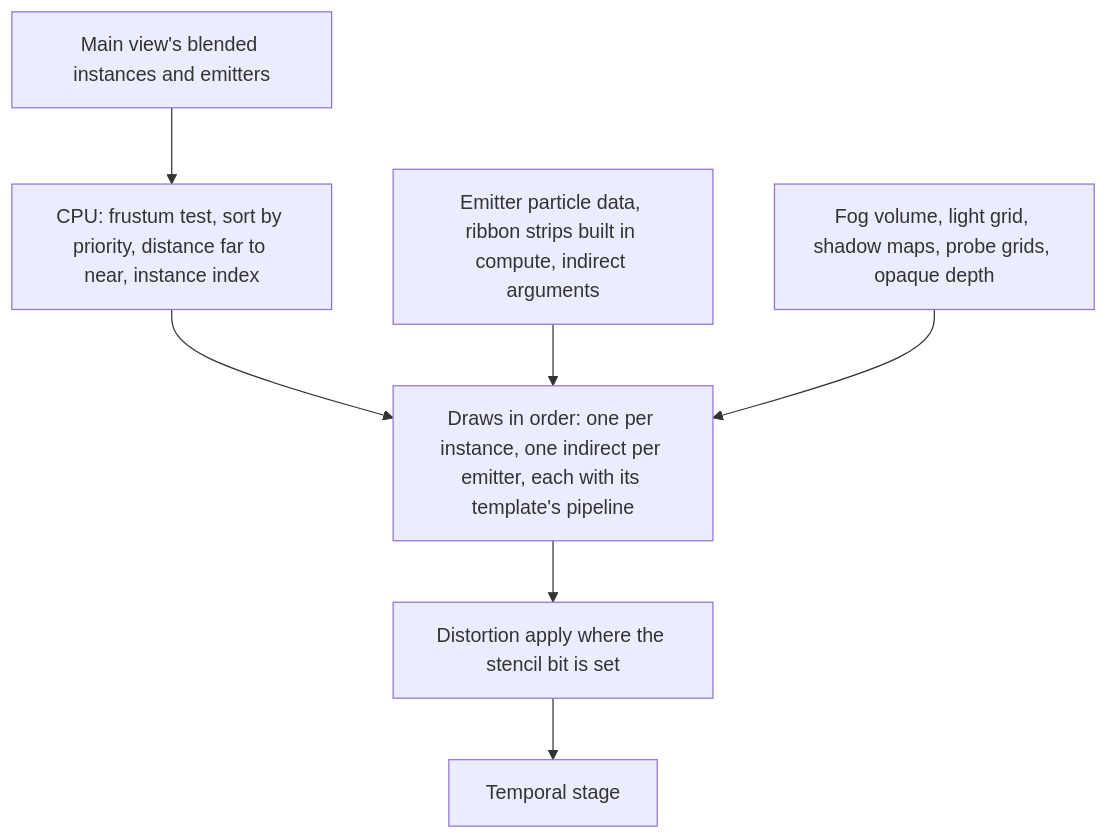
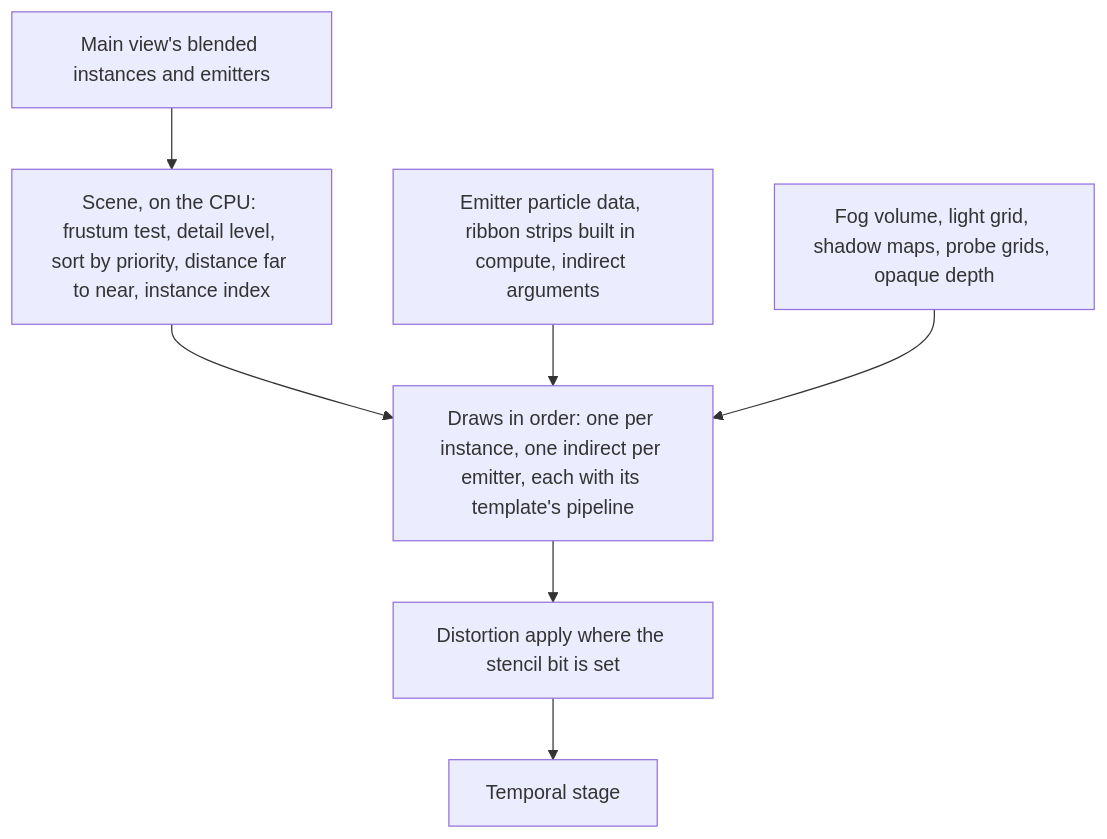
The second of 2 diagrams in docs/architecture/transparency.md (plainsight-systems/bullet-witch), drawn with Mermaid before and after one commit. The commit also changed other lines of this file and 12 other files, not shown here.

````diff
--- a/docs/architecture/transparency.md
+++ b/docs/architecture/transparency.md
@@ -101,9 +102,9 @@
 ```mermaid
 flowchart TD
-    R["Main view's blended instances and emitters"] --> K["CPU: frustum test, sort by priority, distance far to near, instance index"]
+    R["Main view's blended instances and emitters"] --> K["Scene, on the CPU: frustum test, detail level, sort by priority, distance far to near, instance index"]
     K --> D["Draws in order: one per instance, one indirect per emitter, each with its template's pipeline"]
     D --> DA["Distortion apply where the stencil bit is set"]
     DA --> TS["Temporal stage"]
     E["Emitter particle data, ribbon strips built in compute, indirect arguments"] --> D
     F["Fog volume, light grid, shadow maps, probe grids, opaque depth"] --> D
 ```
````
